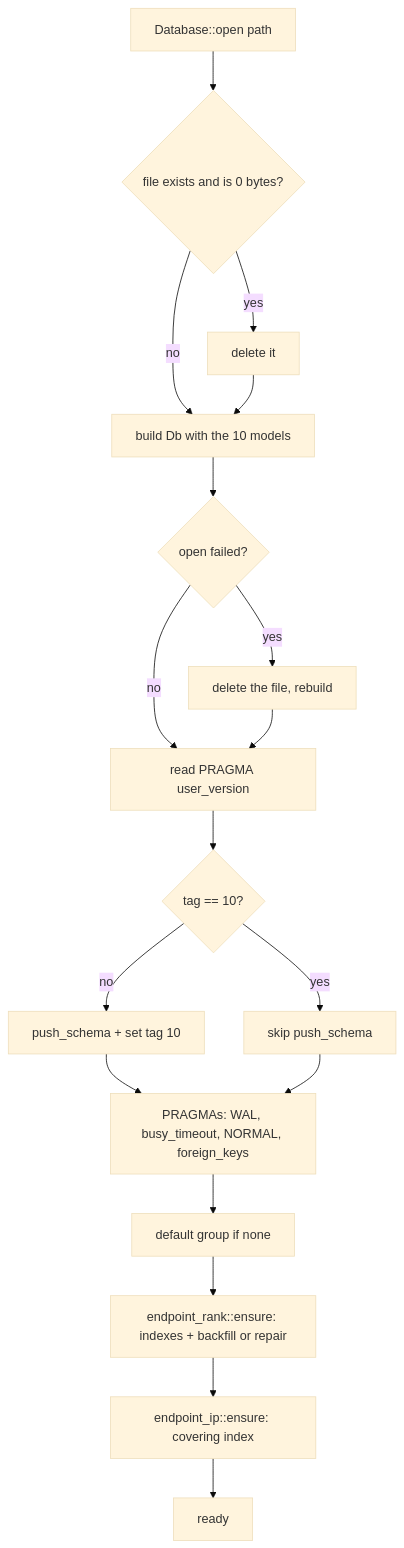
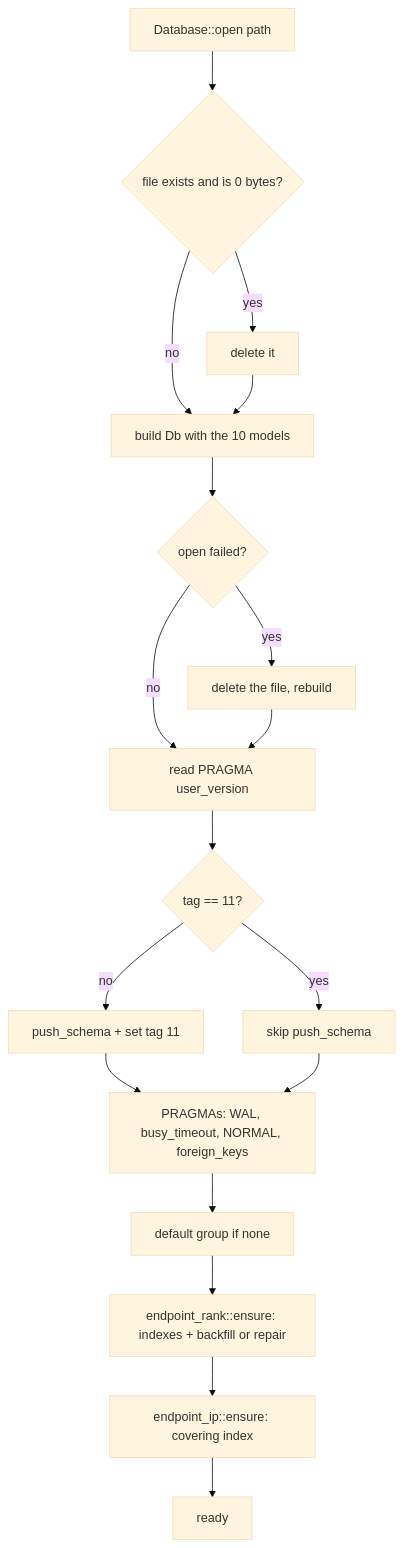
One commit to SaelKimberly/xray-tui changed the second of 7 diagrams in docs/database.md. Above: the diagram before and after it, drawn with Mermaid (base theme). The commit also changed other lines of this file and 33 other files, not shown here.

````diff
--- a/docs/database.md
+++ b/docs/database.md
@@ -299,20 +308,20 @@
 ```mermaid
 flowchart TD
     A[Database::open path] --> B{file exists and is 0 bytes?}
     B -- yes --> C[delete it]
     B -- no --> D[build Db with the 10 models]
     C --> D
     D --> E{open failed?}
     E -- yes --> F[delete the file, rebuild]
     E -- no --> G[read PRAGMA user_version]
     F --> G
-    G --> H{tag == 10?}
-    H -- no --> I[push_schema + set tag 10]
+    G --> H{tag == 11?}
+    H -- no --> I[push_schema + set tag 11]
     H -- yes --> J[skip push_schema]
     I --> K[PRAGMAs: WAL, busy_timeout, NORMAL, foreign_keys]
     J --> K
     K --> L[default group if none]
     L --> M["endpoint_rank::ensure: indexes + backfill or repair"]
     M --> N["endpoint_ip::ensure: covering index"]
     N --> O[ready]
 ```
````
